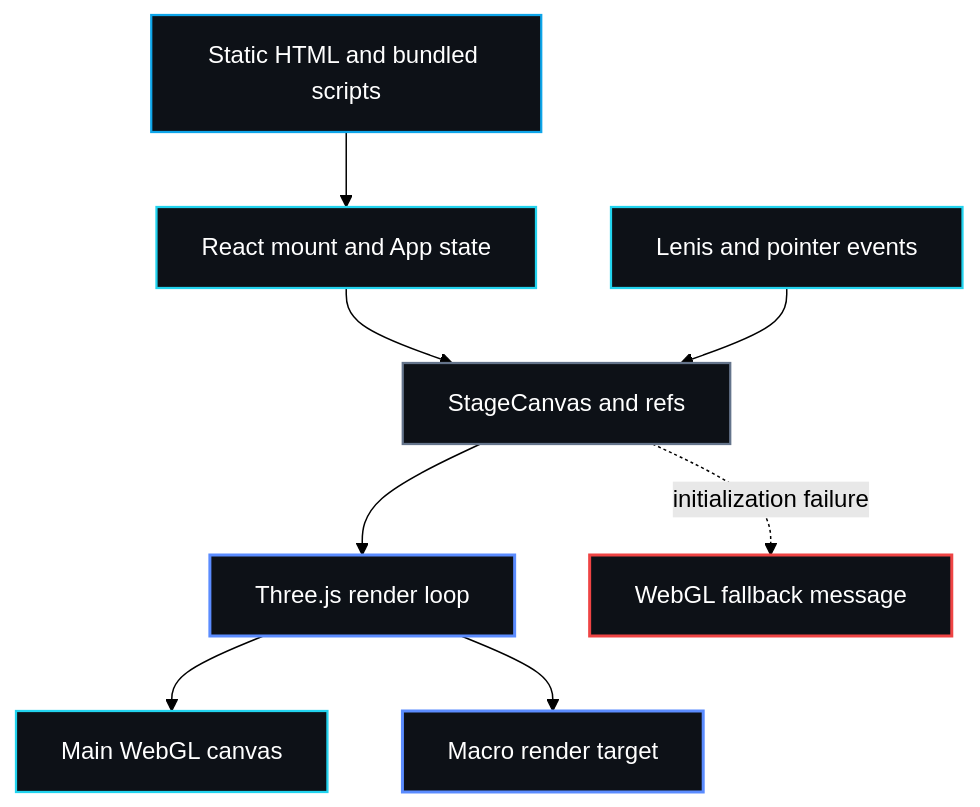
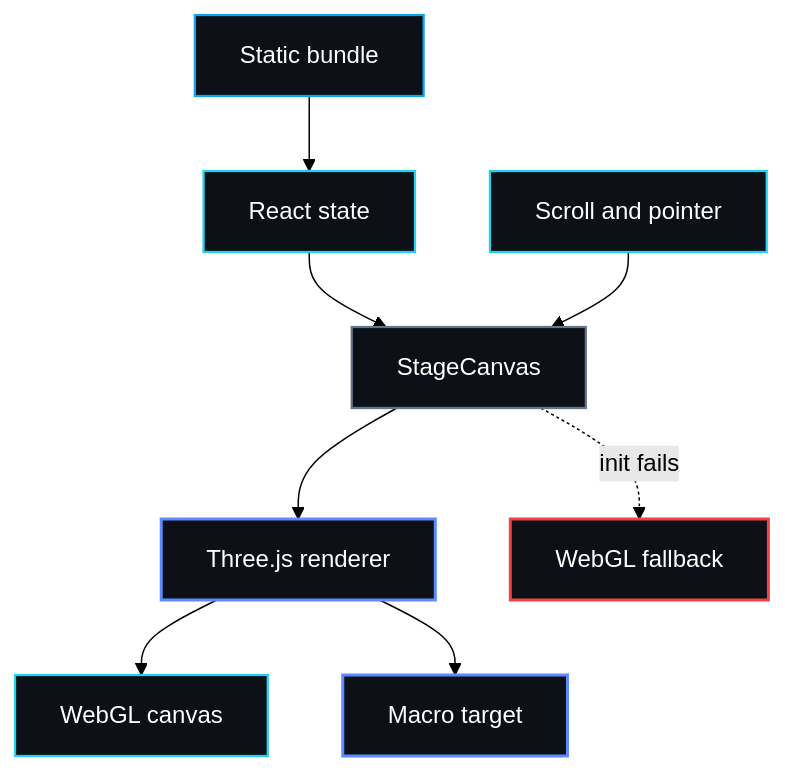
One commit to gaffercode/Tropisipjuice changed the second of 4 diagrams in README.md. Above: the diagram before and after it, drawn with Mermaid (forest theme). The commit also changed other lines of this file, not shown here.

Commit message:
docs: compact Tropisip diagrams and credit the collaboration

````diff
--- a/README.md
+++ b/README.md
@@ -258,30 +256,30 @@
 ```mermaid
 flowchart TB
-  ENTRY["Static HTML and bundled scripts"]
-  APP["React mount and App state"]
-  INPUT["Lenis and pointer events"]
-  CANVAS["StageCanvas and refs"]
-  LOOP["Three.js render loop"]
-  MAIN["Main WebGL canvas"]
-  MACRO["Macro render target"]
-  FALLBACK["WebGL fallback message"]
+  ENTRY["Static bundle"]
+  APP["React state"]
+  INPUT["Scroll and pointer"]
+  CANVAS["StageCanvas"]
+  LOOP["Three.js renderer"]
+  MAIN["WebGL canvas"]
+  MACRO["Macro target"]
+  FALLBACK["WebGL fallback"]
 
   ENTRY --> APP
   APP --> CANVAS
   INPUT --> CANVAS
   CANVAS --> LOOP
   LOOP --> MAIN
   LOOP --> MACRO
-  CANVAS -. initialization failure .-> FALLBACK
+  CANVAS -. init fails .-> FALLBACK
 
   classDef core fill:#0D1117,stroke:#5B8CFF,color:#ffffff,stroke-width:2px;
   class LOOP,MACRO core;
   classDef surface fill:#0D1117,stroke:#22D3EE,color:#ffffff,stroke-width:1.5px;
   class APP,INPUT,MAIN surface;
   classDef danger fill:#0D1117,stroke:#EF4444,color:#ffffff,stroke-width:2px;
   class FALLBACK danger;
   classDef data fill:#0D1117,stroke:#0EA5E9,color:#ffffff,stroke-width:1.5px;
   class ENTRY data;
   classDef shared fill:#0D1117,stroke:#64748B,color:#ffffff,stroke-width:1.5px;
   class CANVAS shared;
 ```
````
